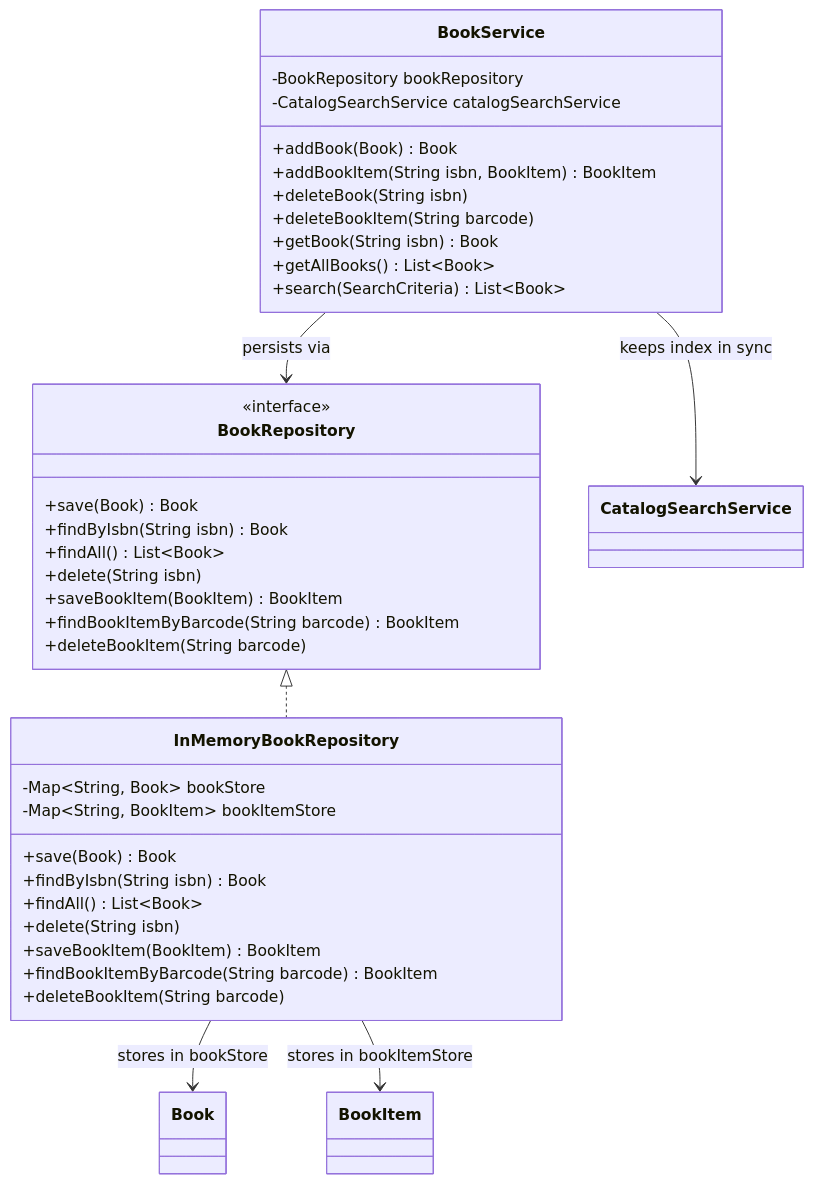
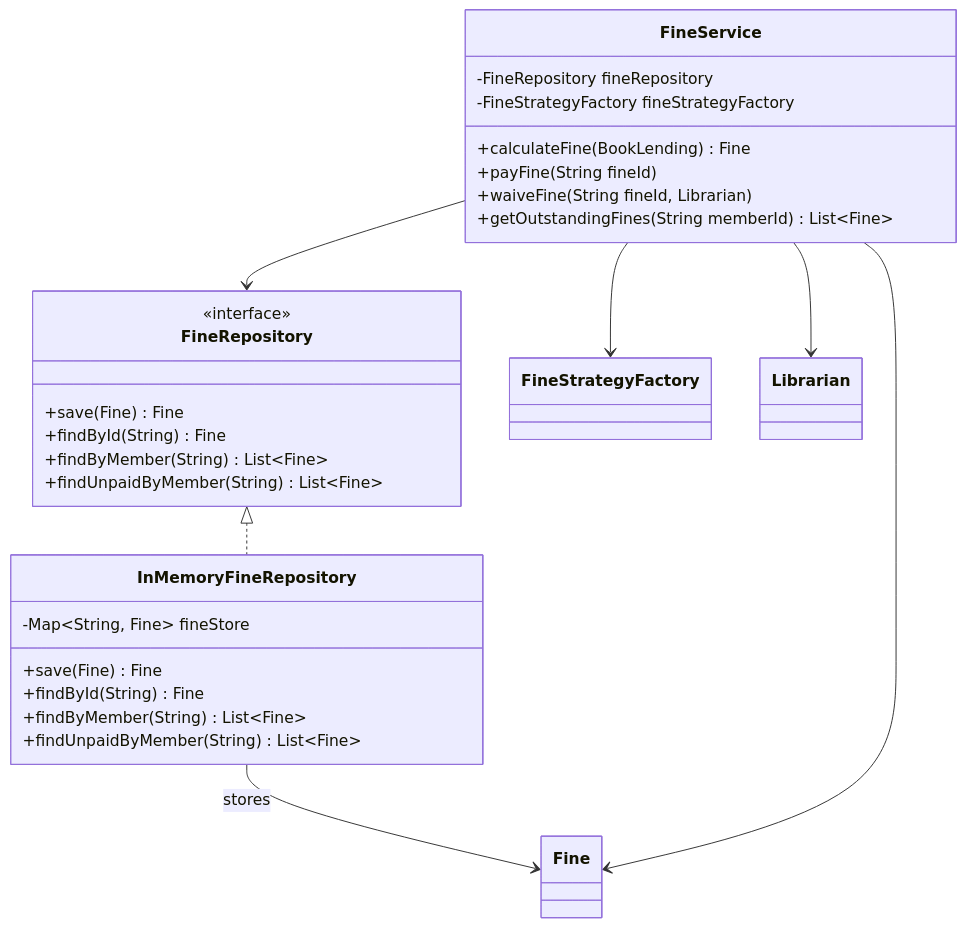
One commit to Arnavjain1703/LLD changed the sixth of 9 diagrams in LibraryManagementSystem/class-diagram.md. Above: the diagram before and after it, drawn with Mermaid. The commit also changed other lines of this file, not shown here.

````diff
--- a/LibraryManagementSystem/class-diagram.md
+++ b/LibraryManagementSystem/class-diagram.md
@@ -293,43 +384,34 @@
 ```mermaid
 classDiagram
-    class BookService {
-        -BookRepository bookRepository
-        -CatalogSearchService catalogSearchService
-        +addBook(Book) Book
-        +addBookItem(String isbn, BookItem) BookItem
-        +deleteBook(String isbn)
-        +deleteBookItem(String barcode)
-        +getBook(String isbn) Book
-        +getAllBooks() List~Book~
-        +search(SearchCriteria) List~Book~
+    class FineRepository {
+        <<interface>>
+        +save(Fine) Fine
+        +findById(String) Fine
+        +findByMember(String) List~Fine~
+        +findUnpaidByMember(String) List~Fine~
     }
 
-    class BookRepository {
-        <<interface>>
-        +save(Book) Book
-        +findByIsbn(String isbn) Book
-        +findAll() List~Book~
-        +delete(String isbn)
-        +saveBookItem(BookItem) BookItem
-        +findBookItemByBarcode(String barcode) BookItem
-        +deleteBookItem(String barcode)
+    class InMemoryFineRepository {
+        -Map~String, Fine~ fineStore
+        +save(Fine) Fine
+        +findById(String) Fine
+        +findByMember(String) List~Fine~
+        +findUnpaidByMember(String) List~Fine~
     }
 
-    class InMemoryBookRepository {
-        -Map~String, Book~ bookStore
-        -Map~String, BookItem~ bookItemStore
-        +save(Book) Book
-        +findByIsbn(String isbn) Book
-        +findAll() List~Book~
-        +delete(String isbn)
-        +saveBookItem(BookItem) BookItem
-        +findBookItemByBarcode(String barcode) BookItem
-        +deleteBookItem(String barcode)
+    class FineService {
+        -FineRepository fineRepository
+        -FineStrategyFactory fineStrategyFactory
+        +calculateFine(BookLending) Fine
+        +payFine(String fineId)
+        +waiveFine(String fineId, Librarian)
+        +getOutstandingFines(String memberId) List~Fine~
     }
 
-    BookRepository <|.. InMemoryBookRepository
-    BookService --> BookRepository : persists via
-    BookService --> CatalogSearchService : keeps index in sync
-    InMemoryBookRepository --> Book : stores in bookStore
-    InMemoryBookRepository --> BookItem : stores in bookItemStore
+    FineRepository <|.. InMemoryFineRepository
+    InMemoryFineRepository --> Fine : stores
+    FineService --> FineRepository
+    FineService --> FineStrategyFactory
+    FineService --> Fine
+    FineService --> Librarian
 ```
````
